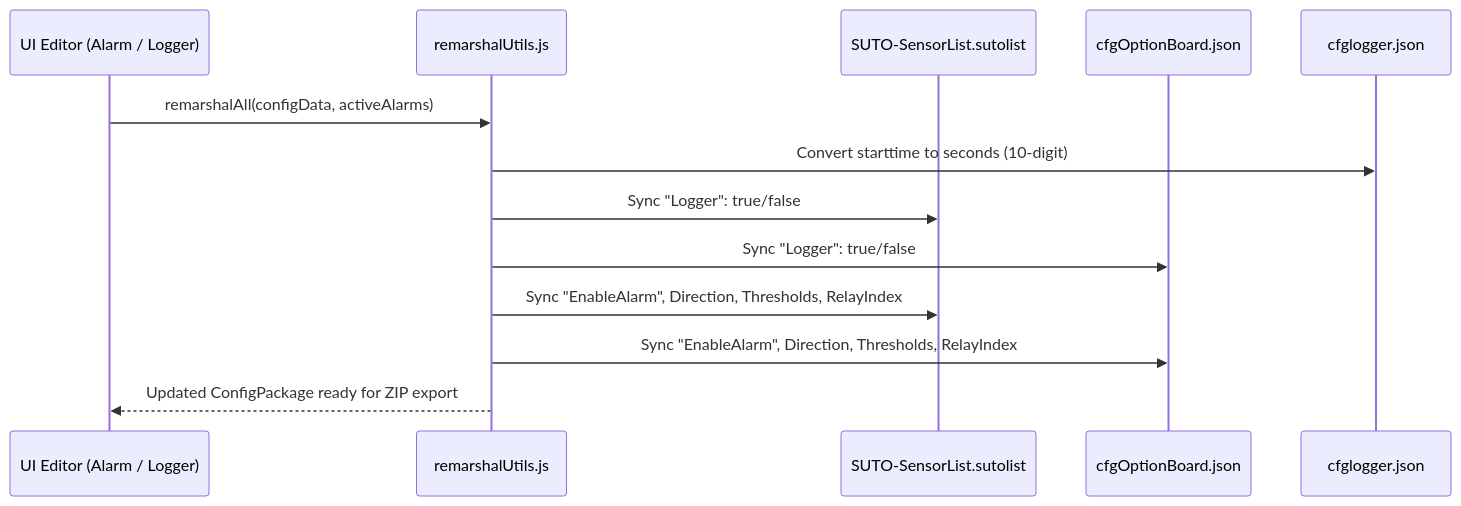
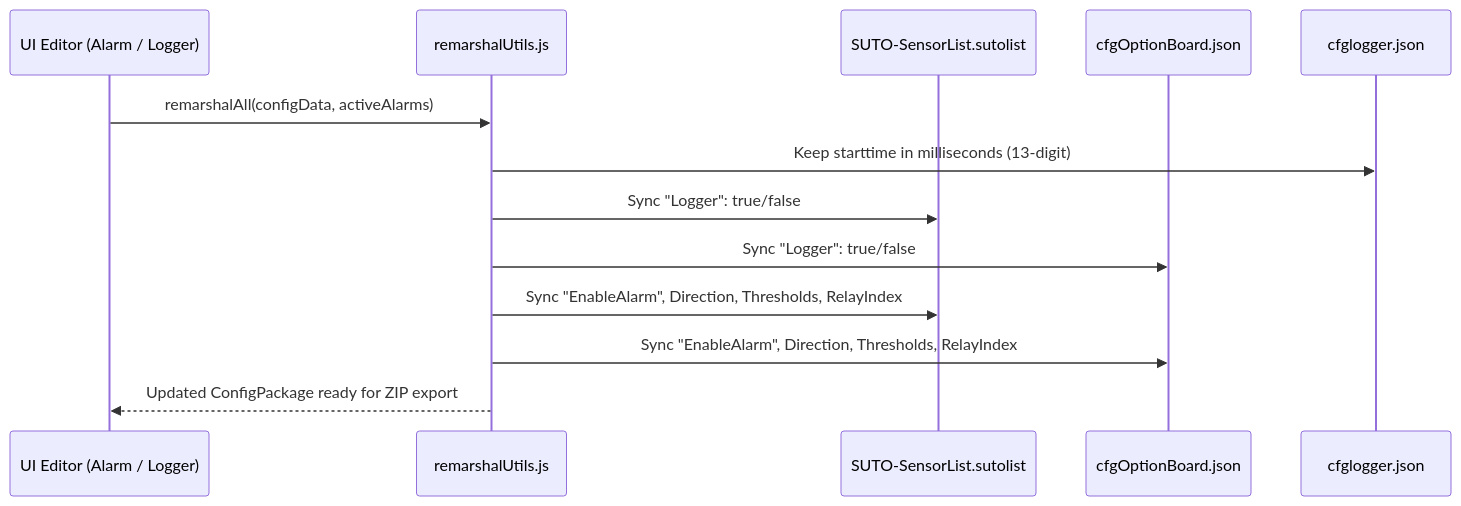
One commit to afeifly/smallNfast changed the diagram in s4c-web/docs/report/device_remarshal_sync_ddd_report.md. Above: the diagram before and after it, drawn with Mermaid. The commit also changed other lines of this file and 15 other files, not shown here.

````diff
--- a/s4c-web/docs/report/device_remarshal_sync_ddd_report.md
+++ b/s4c-web/docs/report/device_remarshal_sync_ddd_report.md
@@ -10,16 +10,16 @@
 ```mermaid
 sequenceDiagram
     participant Editor as UI Editor (Alarm / Logger)
     participant Remarshal as remarshalUtils.js
     participant SensorList as SUTO-SensorList.sutolist
     participant OptionBoard as cfgOptionBoard.json
     participant Logger as cfglogger.json
 
     Editor->>Remarshal: remarshalAll(configData, activeAlarms)
-    Remarshal->>Logger: Convert starttime to seconds (10-digit)
+    Remarshal->>Logger: Keep starttime in milliseconds (13-digit)
     Remarshal->>SensorList: Sync "Logger": true/false
     Remarshal->>OptionBoard: Sync "Logger": true/false
     Remarshal->>SensorList: Sync "EnableAlarm", Direction, Thresholds, RelayIndex
     Remarshal->>OptionBoard: Sync "EnableAlarm", Direction, Thresholds, RelayIndex
     Remarshal-->>Editor: Updated ConfigPackage ready for ZIP export
 ```
````
